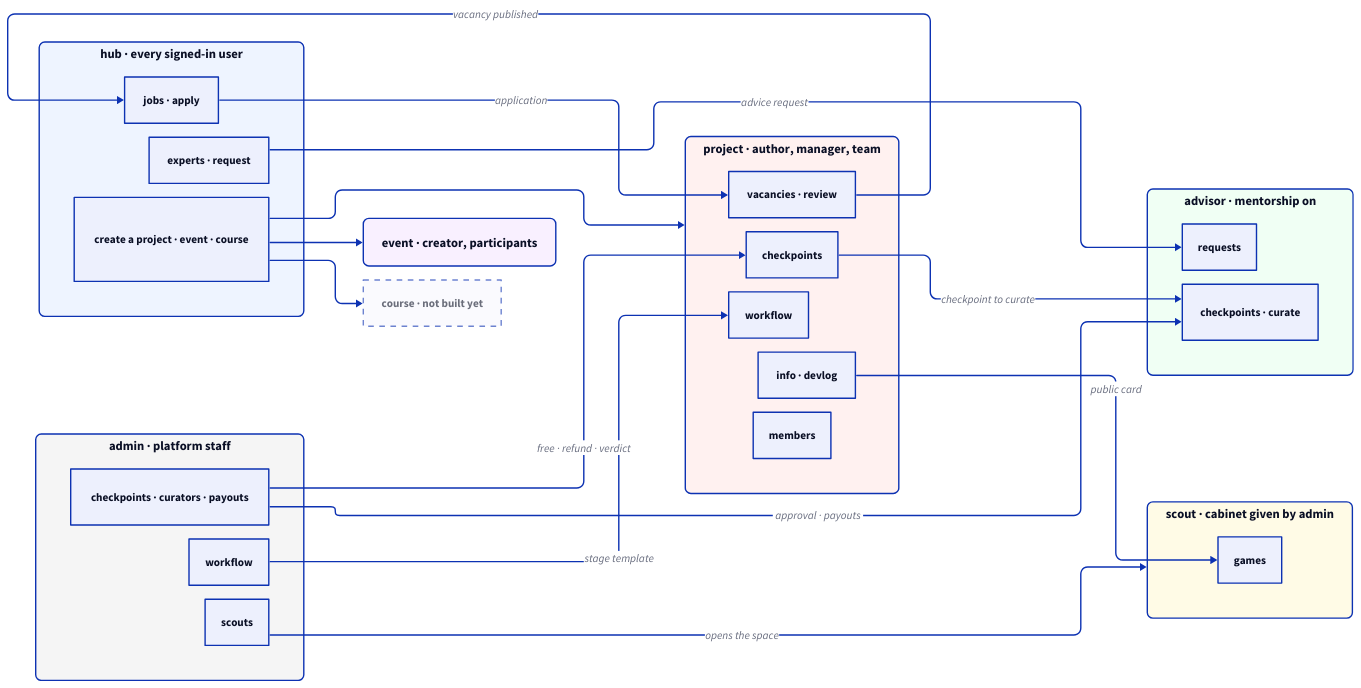
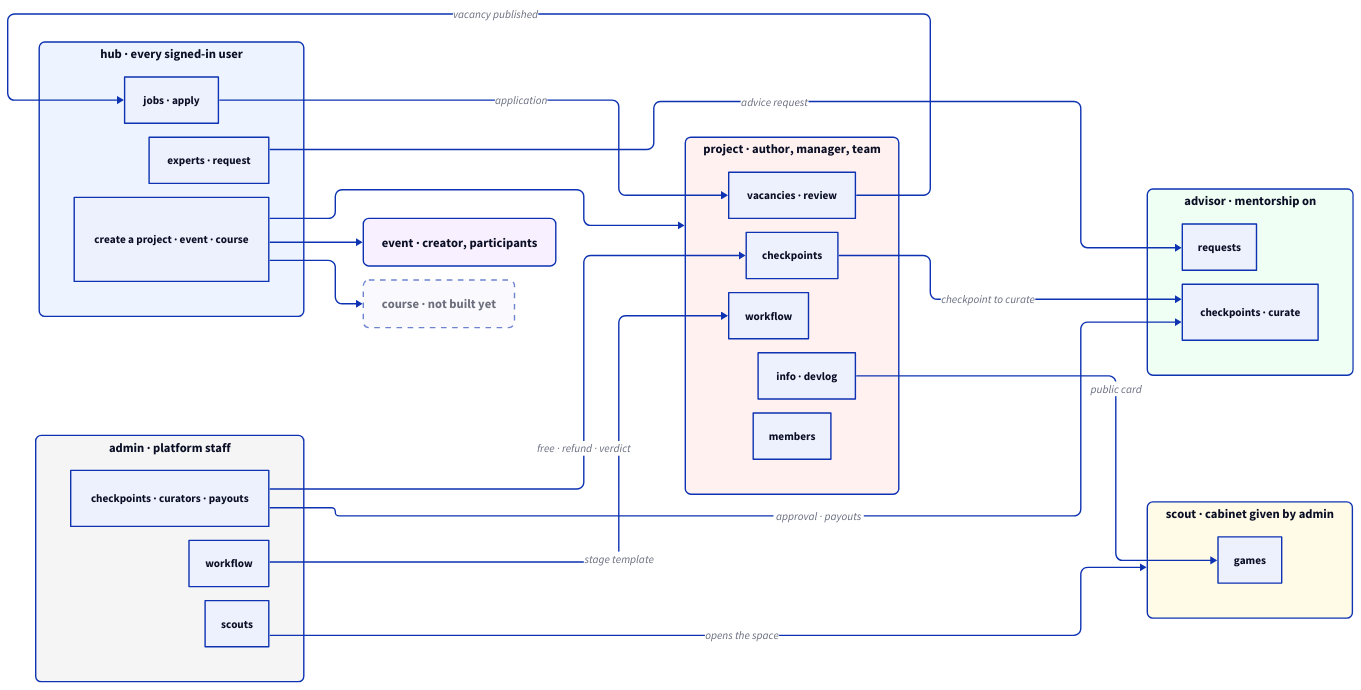
The diagram in docs/spaces-flow.d2 (gdhub-io/gdhub), drawn with D2 before and after one commit. The commit also changed 3 other files, not shown here.

```diff
--- a/docs/spaces-flow.d2
+++ b/docs/spaces-flow.d2
@@ -1,74 +1,73 @@
 vars: {
   d2-config: {
     layout-engine: elk
   }
 }
 
 direction: right
 
 classes: {
   space: {style: {font-size: 18; bold: true; border-radius: 8}}
   planned: {style: {stroke-dash: 4; opacity: 0.6}}
 }
 
 hub: "hub · every signed-in user" {
   class: space
   style.fill: "#EEF4FF"
   jobs: "jobs · apply"
   experts: "experts · request"
   create: "create a project · event · course"
 }
 
 project: "project · author, manager, team" {
   class: space
   style.fill: "#FFF1F0"
   vacancies: "vacancies · review"
   checkpoints
   workflow
   info: "info · devlog"
   members
 }
 
 advisor: "advisor · mentorship on" {
   class: space
   style.fill: "#F0FFF4"
   requests
   curate: "checkpoints · curate"
 }
 
 scout: "scout · cabinet given by admin" {
   class: space
   style.fill: "#FFFBE6"
   games
 }
 
 admin: "admin · platform staff" {
   class: space
   style.fill: "#F5F5F5"
   checkpoints: "checkpoints · curators · payouts"
   workflow
   scouts
 }
 
 event: "event · creator, participants" {
   class: space
   style.fill: "#F9F0FF"
 }
 
 course: "course · not built yet" {
-  class: space
-  class: planned
+  class: [space; planned]
 }
 
 project.vacancies -> hub.jobs: "vacancy published"
 hub.jobs -> project.vacancies: "application"
 hub.experts -> advisor.requests: "advice request"
 project.checkpoints -> advisor.curate: "checkpoint to curate"
 admin.checkpoints -> project.checkpoints: "free · refund · verdict"
 admin.checkpoints -> advisor.curate: "approval · payouts"
 admin.workflow -> project.workflow: "stage template"
 admin.scouts -> scout: "opens the space"
 project.info -> scout.games: "public card"
 hub.create -> project
 hub.create -> event
 hub.create -> course
```
